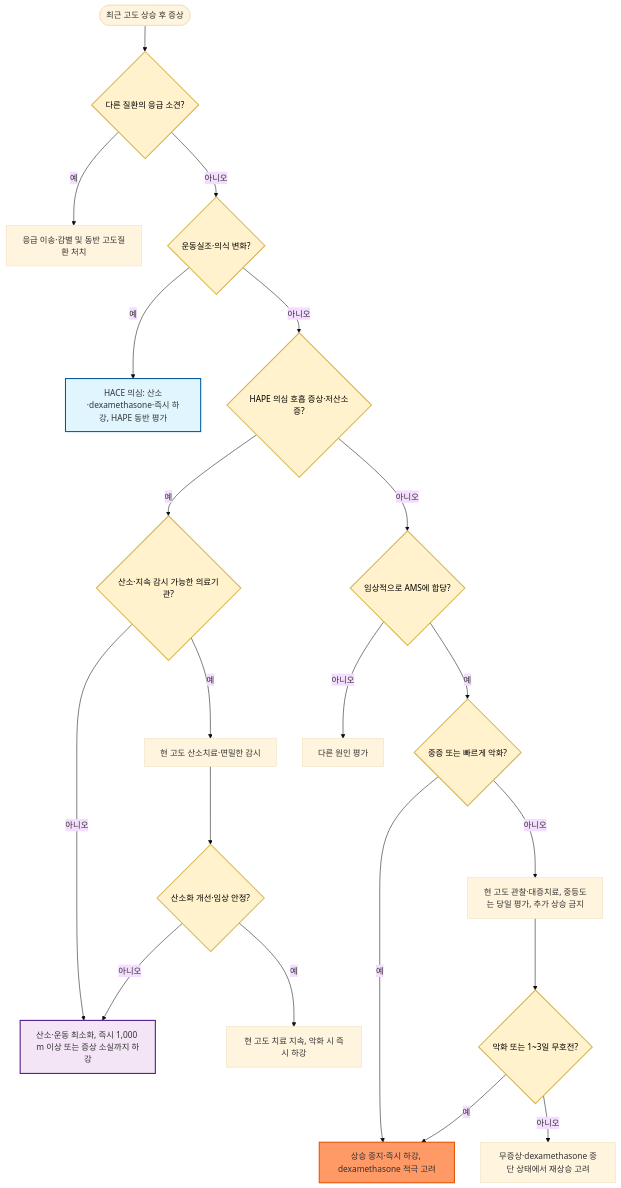
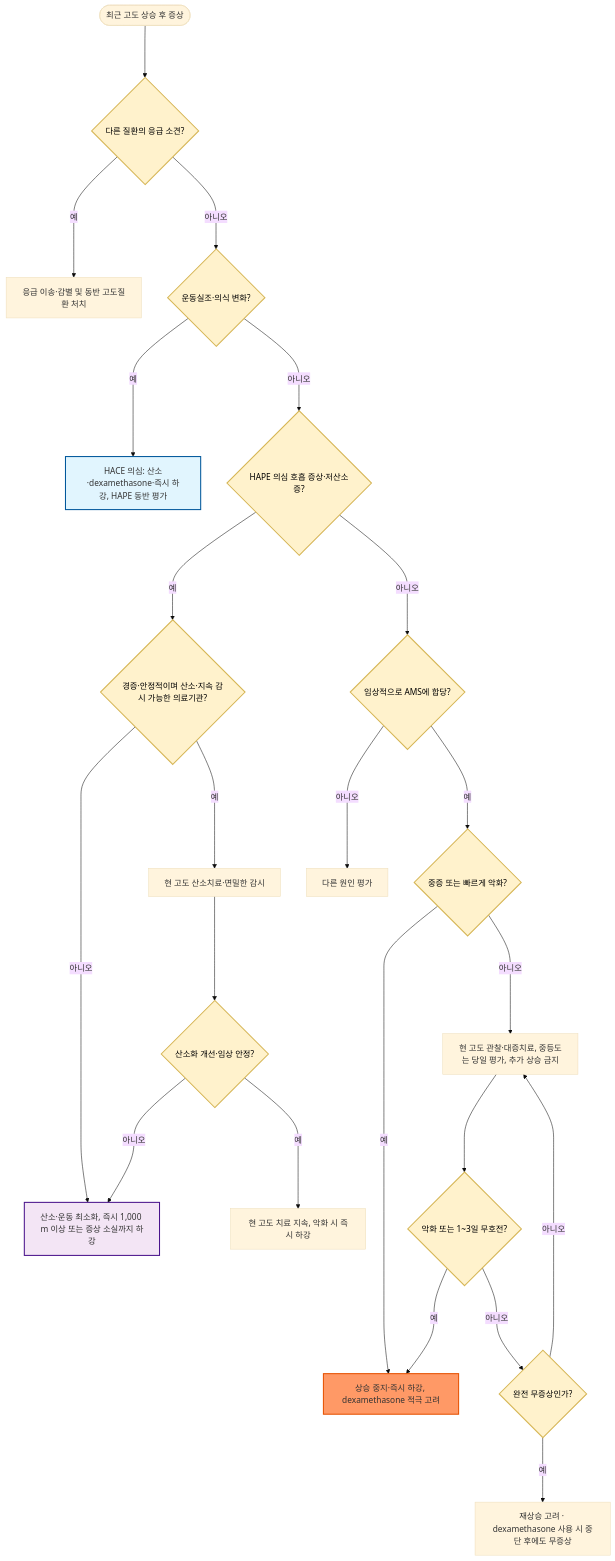
Before and after one commit to familyoh77/familyoh77: the diagram in 230_/209_-high-altitude-sickness.md, drawn with Mermaid (base theme). The commit also changed other lines of this file and 11 other files, not shown here.

````diff
--- a/230_/209_-high-altitude-sickness.md
+++ b/230_/209_-high-altitude-sickness.md
@@ -124,27 +134,29 @@
 ```mermaid
 flowchart TD
-    A(["최근 고도 상승 후 증상"]) --> R{"다른 질환의 응급 소견?"}
-    R -->|예| S["응급 이송·감별 및 동반 고도질환 처치"]
-    R -->|아니오| B{"운동실조·의식 변화?"}
-    B -->|예| C["HACE 의심: 산소·dexamethasone·즉시 하강, HAPE 동반 평가"]
-    B -->|아니오| D{"HAPE 의심 호흡 증상·저산소증?"}
-    D -->|예| M{"산소·지속 감시 가능한 의료기관?"}
-    M -->|아니오| E["산소·운동 최소화, 즉시 1,000 m 이상 또는 증상 소실까지 하강"]
-    M -->|예| N["현 고도 산소치료·면밀한 감시"]
-    N --> O{"산소화 개선·임상 안정?"}
-    O -->|아니오| E
-    O -->|예| P["현 고도 치료 지속, 악화 시 즉시 하강"]
-    D -->|아니오| F{"임상적으로 AMS에 합당?"}
-    F -->|아니오| G["다른 원인 평가"]
-    F -->|예| H{"중증 또는 빠르게 악화?"}
-    H -->|예| I["상승 중지·즉시 하강, dexamethasone 적극 고려"]
-    H -->|아니오| J["현 고도 관찰·대증치료, 중등도는 당일 평가, 추가 상승 금지"]
-    J --> K{"악화 또는 1~3일 무호전?"}
-    K -->|예| I
-    K -->|아니오| L["무증상·dexamethasone 중단 상태에서 재상승 고려"]
+    A(["최근 고도 상승 후 증상"]) ---> R{"다른 질환의 응급 소견?"}
+    R --->|예| S["응급 이송·감별 및 동반 고도질환 처치"]
+    R --->|아니오| B{"운동실조·의식 변화?"}
+    B --->|예| C["HACE 의심: 산소·dexamethasone·즉시 하강, HAPE 동반 평가"]
+    B --->|아니오| D{"HAPE 의심 호흡 증상·저산소증?"}
+    D --->|예| M{"경증·안정적이며 산소·지속 감시 가능한 의료기관?"}
+    M --->|아니오| E["산소·운동 최소화, 즉시 1,000 m 이상 또는 증상 소실까지 하강"]
+    M --->|예| N["현 고도 산소치료·면밀한 감시"]
+    N ---> O{"산소화 개선·임상 안정?"}
+    O --->|아니오| E
+    O --->|예| P["현 고도 치료 지속, 악화 시 즉시 하강"]
+    D --->|아니오| F{"임상적으로 AMS에 합당?"}
+    F --->|아니오| G["다른 원인 평가"]
+    F --->|예| H{"중증 또는 빠르게 악화?"}
+    H --->|예| I["상승 중지·즉시 하강, dexamethasone 적극 고려"]
+    H --->|아니오| J["현 고도 관찰·대증치료, 중등도는 당일 평가, 추가 상승 금지"]
+    J ---> K{"악화 또는 1~3일 무호전?"}
+    K --->|예| I
+    K --->|아니오| U{"완전 무증상인가?"}
+    U --->|아니오| J
+    U --->|예| L["재상승 고려 · dexamethasone 사용 시 중단 후에도 무증상"]
     classDef decision fill:#fff2cc,stroke:#d6b656,stroke-width:2px,color:#000
-    class R,B,D,F,H,K,M,O decision
+    class R,B,D,F,H,K,M,O,U decision
     style C fill:#e1f5fe,stroke:#01579b,stroke-width:2px
     style E fill:#f3e5f5,stroke:#4a148c,stroke-width:2px
     style I fill:#f96,stroke:#e65100,stroke-width:2px
 ```
````
